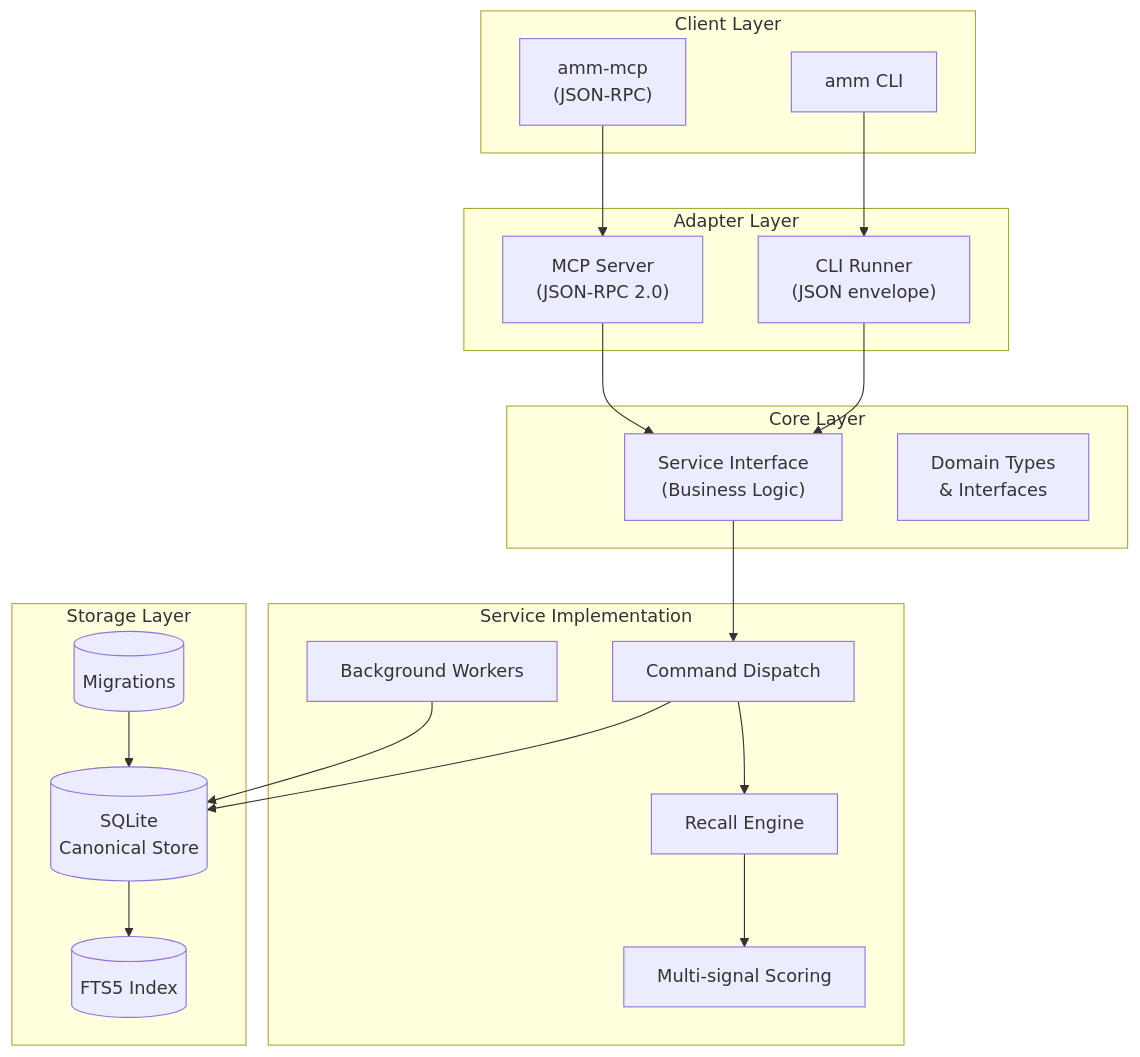
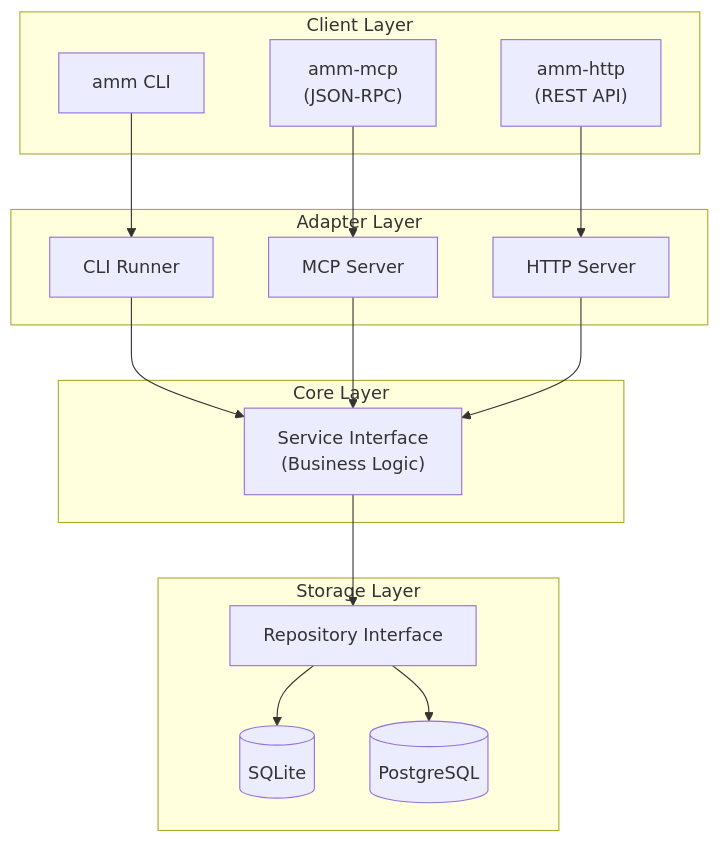
Before and after one commit to BonzTM/agent-memory-manager: the first of 5 diagrams in docs/architecture-diagrams.md, drawn with Mermaid. The commit also changed other lines of this file and 3 other files, not shown here.

First line of the commit message:
Document the new adapter and backend architecture

````diff
--- a/docs/architecture-diagrams.md
+++ b/docs/architecture-diagrams.md
@@ -5,48 +5,39 @@
 ```mermaid
 flowchart TB
     subgraph Client["Client Layer"]
         CLI["amm CLI"]
         MCP["amm-mcp
-(JSON-RPC)"]
+        (JSON-RPC)"]
+        HTTP["amm-http
+        (REST API)"]
     end
 
     subgraph Adapter["Adapter Layer"]
-        CLIRunner["CLI Runner
-(JSON envelope)"]
-        MCPServer["MCP Server
-(JSON-RPC 2.0)"]
+        CLIRunner["CLI Runner"]
+        MCPServer["MCP Server"]
+        HTTPServer["HTTP Server"]
     end
 
     subgraph Core["Core Layer"]
         Service["Service Interface
-(Business Logic)"]
-        Types["Domain Types
-& Interfaces"]
-    end
-
-    subgraph ServiceImpl["Service Implementation"]
-        Logic["Command Dispatch"]
-        Recall["Recall Engine"]
-        Scoring["Multi-signal Scoring"]
-        Workers["Background Workers"]
+        (Business Logic)"]
     end
 
     subgraph Storage["Storage Layer"]
-        SQLite[("SQLite
-Canonical Store")]
-        FTS5[("FTS5 Index")]
-        Migrations[("Migrations")]
+        Repo["Repository Interface"]
+        SQLite[("SQLite")]
+        Postgres[("PostgreSQL")]
     end
 
     CLI --> CLIRunner
     MCP --> MCPServer
+    HTTP --> HTTPServer
+    
     CLIRunner --> Service
     MCPServer --> Service
-    Service --> Logic
-    Logic --> Recall
-    Recall --> Scoring
-    Logic --> SQLite
-    Workers --> SQLite
-    SQLite --> FTS5
-    Migrations --> SQLite
+    HTTPServer --> Service
+
+    Service --> Repo
+    Repo --> SQLite
+    Repo --> Postgres
 ```
````
